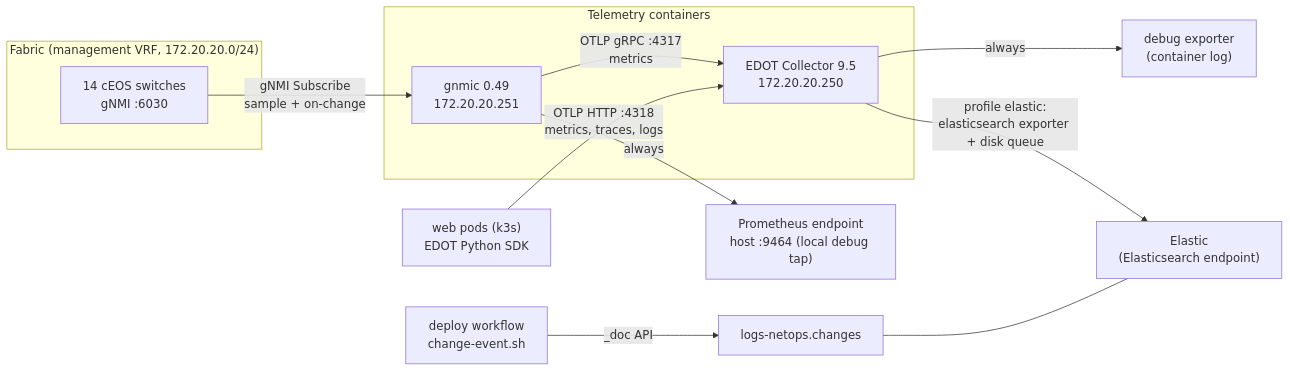
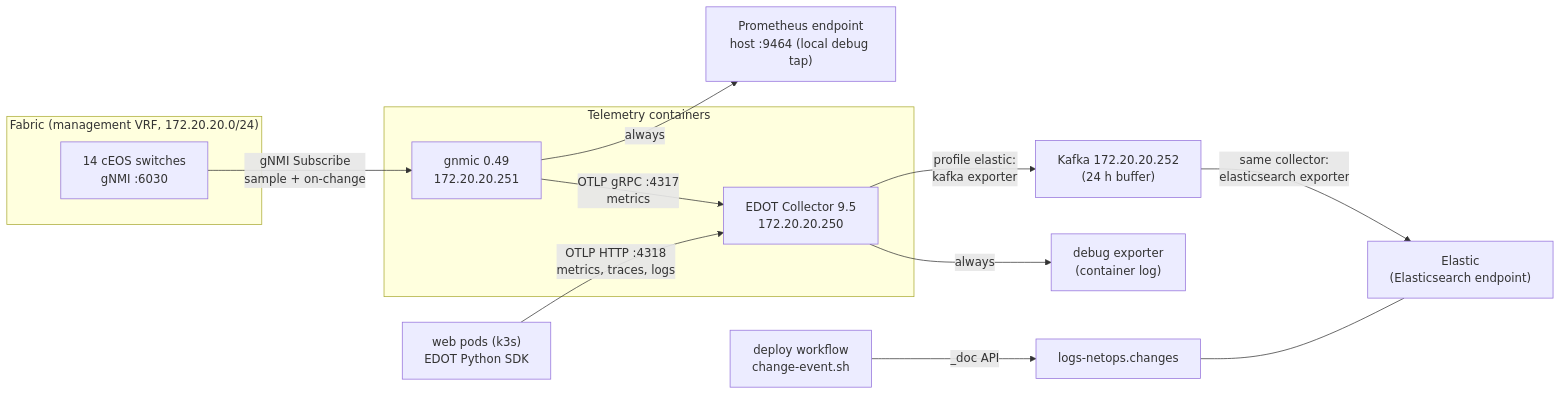
Before and after one commit to samurato/network-lab: the first of 3 diagrams in docs/telemetry.md, drawn with Mermaid. The commit also changed other lines of this file and 10 other files, not shown here.

First line of the commit message:
Kafka buffer between the collector and Elastic

````diff
--- a/docs/telemetry.md
+++ b/docs/telemetry.md
@@ -29,19 +29,20 @@
 ```mermaid
 flowchart LR
   subgraph FAB["Fabric (management VRF, 172.20.20.0/24)"]
     SW["14 cEOS switches<br/>gNMI :6030"]
   end
   subgraph TEL["Telemetry containers"]
     GN["gnmic 0.49<br/>172.20.20.251"]
     OC["EDOT Collector 9.5<br/>172.20.20.250"]
   end
   APP["web pods (k3s)<br/>EDOT Python SDK"]
   SW -- "gNMI Subscribe<br/>sample + on-change" --> GN
   GN -- "OTLP gRPC :4317<br/>metrics" --> OC
   APP -- "OTLP HTTP :4318<br/>metrics, traces, logs" --> OC
   GN -- "always" --> PROM["Prometheus endpoint<br/>host :9464 (local debug tap)"]
   OC -- "always" --> DBG["debug exporter<br/>(container log)"]
-  OC -- "profile elastic:<br/>elasticsearch exporter + disk queue" --> ES["Elastic<br/>(Elasticsearch endpoint)"]
+  OC -- "profile elastic:<br/>kafka exporter" --> KF["Kafka 172.20.20.252<br/>(24 h buffer)"]
+  KF -- "same collector:<br/>elasticsearch exporter" --> ES["Elastic<br/>(Elasticsearch endpoint)"]
   CI["deploy workflow<br/>change-event.sh"] -- "_doc API" --> CH["logs-netops.changes"]
   CH --- ES
 ```
````
